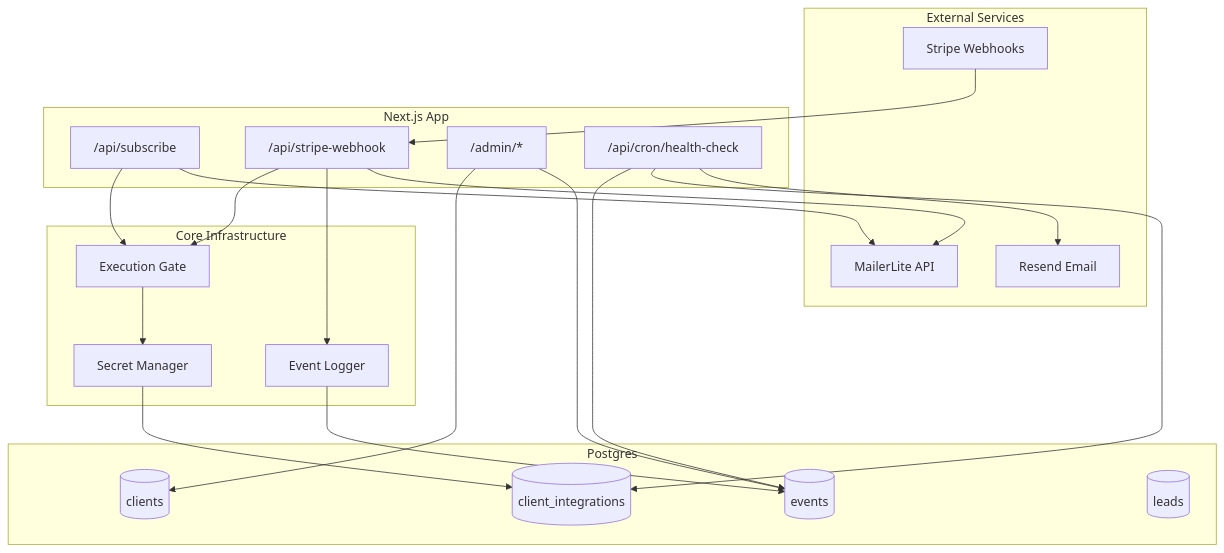
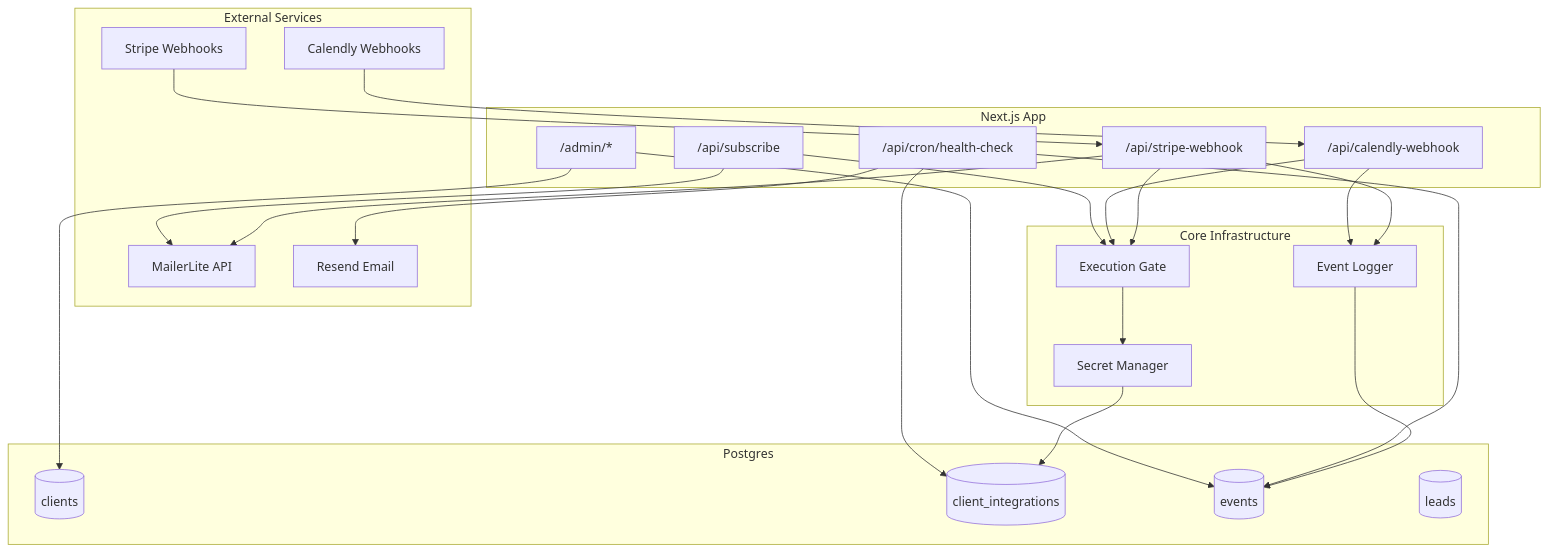
The diagram in docs/ARCHITECTURE.md (sammrosen/revline), drawn with Mermaid before and after one commit. The commit also changed other lines of this file and 43 other files, not shown here.

````diff
--- a/docs/ARCHITECTURE.md
+++ b/docs/ARCHITECTURE.md
@@ -9,43 +9,48 @@
 ```mermaid
 flowchart TB
     subgraph external [External Services]
         Stripe[Stripe Webhooks]
+        Calendly[Calendly Webhooks]
         ML[MailerLite API]
         Resend[Resend Email]
     end
 
     subgraph app [Next.js App]
         Subscribe["/api/subscribe"]
-        Webhook["/api/stripe-webhook"]
+        StripeWH["/api/stripe-webhook"]
+        CalendlyWH["/api/calendly-webhook"]
         Admin["/admin/*"]
         Cron["/api/cron/health-check"]
     end
 
     subgraph core [Core Infrastructure]
         ClientGate[Execution Gate]
         SecretMgr[Secret Manager]
         EventLog[Event Logger]
     end
 
     subgraph data [Postgres]
         Clients[(clients)]
         Integrations[(client_integrations)]
         Events[(events)]
         Leads[(leads)]
     end
 
-    Stripe --> Webhook
-    Webhook --> ClientGate
+    Stripe --> StripeWH
+    Calendly --> CalendlyWH
+    StripeWH --> ClientGate
+    CalendlyWH --> ClientGate
     ClientGate --> SecretMgr
     SecretMgr --> Integrations
-    Webhook --> EventLog
+    StripeWH --> EventLog
+    CalendlyWH --> EventLog
     EventLog --> Events
-    Webhook --> ML
+    StripeWH --> ML
     Subscribe --> ClientGate
     Subscribe --> ML
     Cron --> Events
     Cron --> Integrations
     Cron --> Resend
     Admin --> Clients
     Admin --> Events
 ```
````
